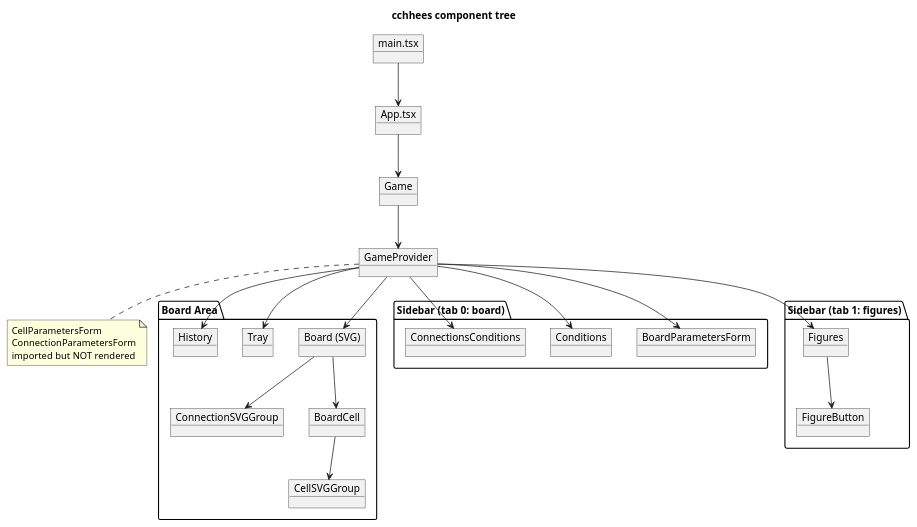
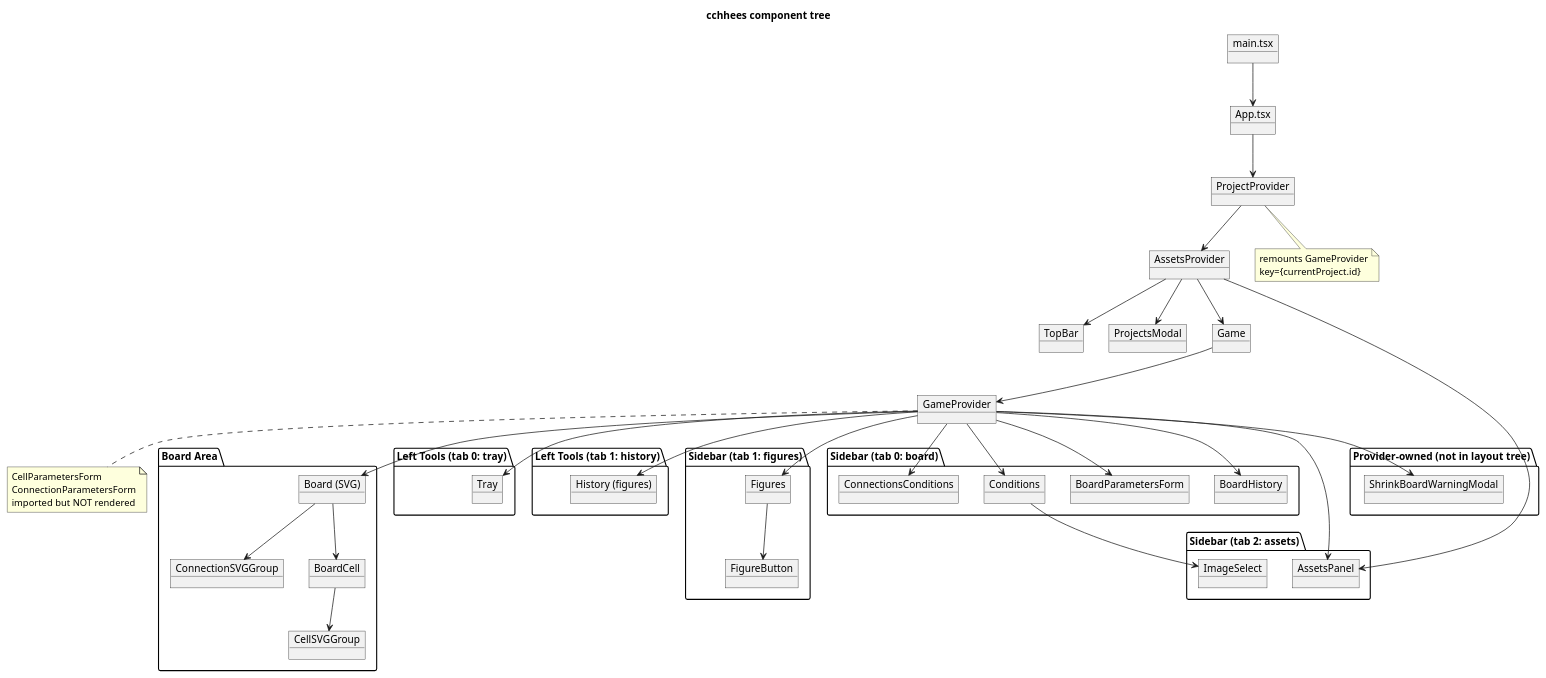
Before and after one commit to namenameemail/cchhees: the second of 4 diagrams in docs/architecture.puml, drawn with PlantUML. The commit also changed other lines of this file and 45 other files, not shown here.

```diff
--- a/docs/architecture.puml
+++ b/docs/architecture.puml
@@ -118,52 +208,87 @@
 @startuml cchhees-component-tree
 
 title cchhees component tree
 
 object "main.tsx" as main
 object "App.tsx" as app
+object "ProjectProvider" as projectProvider
+object "AssetsProvider" as assetsProvider
+object "TopBar" as topBar
+object "ProjectsModal" as projectsModal
 object "Game" as game
 object "GameProvider" as provider
 
 package "Board Area" {
   object "Board (SVG)" as board
   object "ConnectionSVGGroup" as connSvg
   object "BoardCell" as cell
   object "CellSVGGroup" as cellSvg
+}
+
+package "Left Tools (tab 0: tray)" {
   object "Tray" as tray
-  object "History" as hist
+}
+
+package "Left Tools (tab 1: history)" {
+  object "History (figures)" as figHist
 }
 
 package "Sidebar (tab 0: board)" {
+  object "BoardHistory" as boardHist
   object "BoardParametersForm" as bpf
   object "Conditions" as cond
   object "ConnectionsConditions" as ccond
 }
 
 package "Sidebar (tab 1: figures)" {
   object "Figures" as figs
   object "FigureButton" as fbtn
 }
 
+package "Sidebar (tab 2: assets)" {
+  object "AssetsPanel" as assetsPanel
+  object "ImageSelect" as imageSelect
+}
+
+package "Provider-owned (not in layout tree)" {
+  object "ShrinkBoardWarningModal" as shrinkModal
+}
+
 main --> app
-app --> game
+app --> projectProvider
+projectProvider --> assetsProvider
+assetsProvider --> topBar
+assetsProvider --> game
+assetsProvider --> projectsModal
 game --> provider
 provider --> board
 provider --> tray
-provider --> hist
+provider --> figHist
+provider --> boardHist
 provider --> bpf
 provider --> cond
 provider --> ccond
 provider --> figs
+provider --> assetsPanel
+provider --> shrinkModal
+
+assetsProvider --> assetsPanel
+cond --> imageSelect
 
 board --> connSvg
 board --> cell
 cell --> cellSvg
 figs --> fbtn
 
 note bottom of provider
   CellParametersForm
   ConnectionParametersForm
   imported but NOT rendered
 end note
 
+note bottom of projectProvider
+  remounts GameProvider
+  key={currentProject.id}
+end note
+
 @enduml
```
